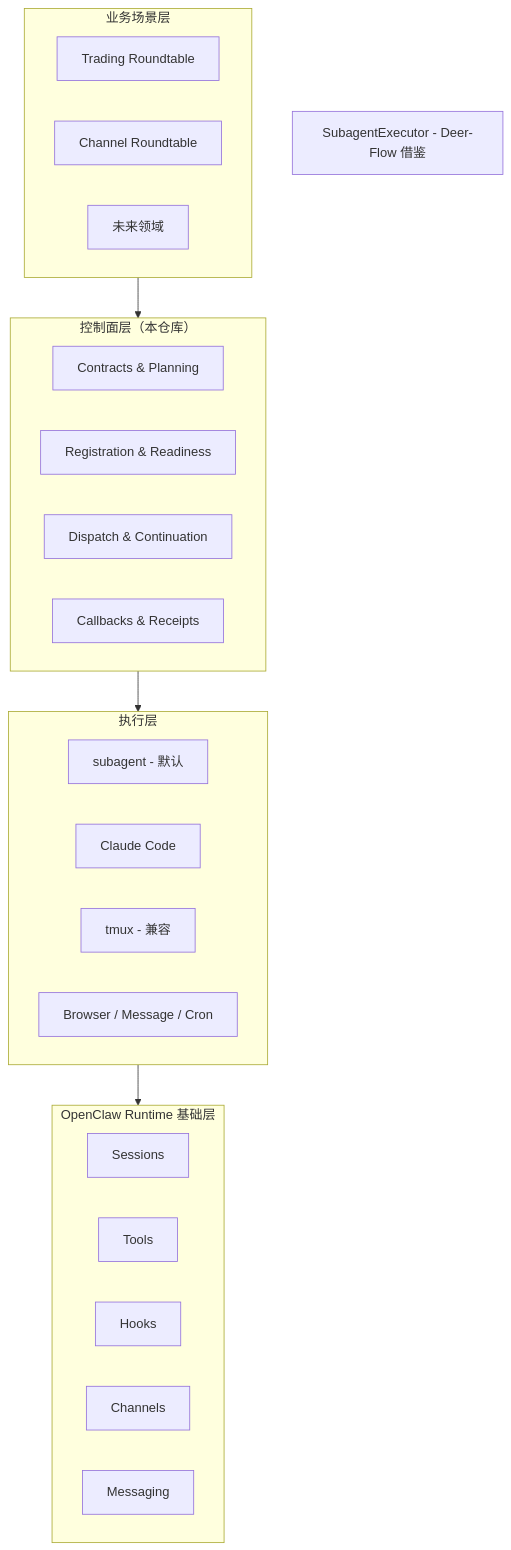
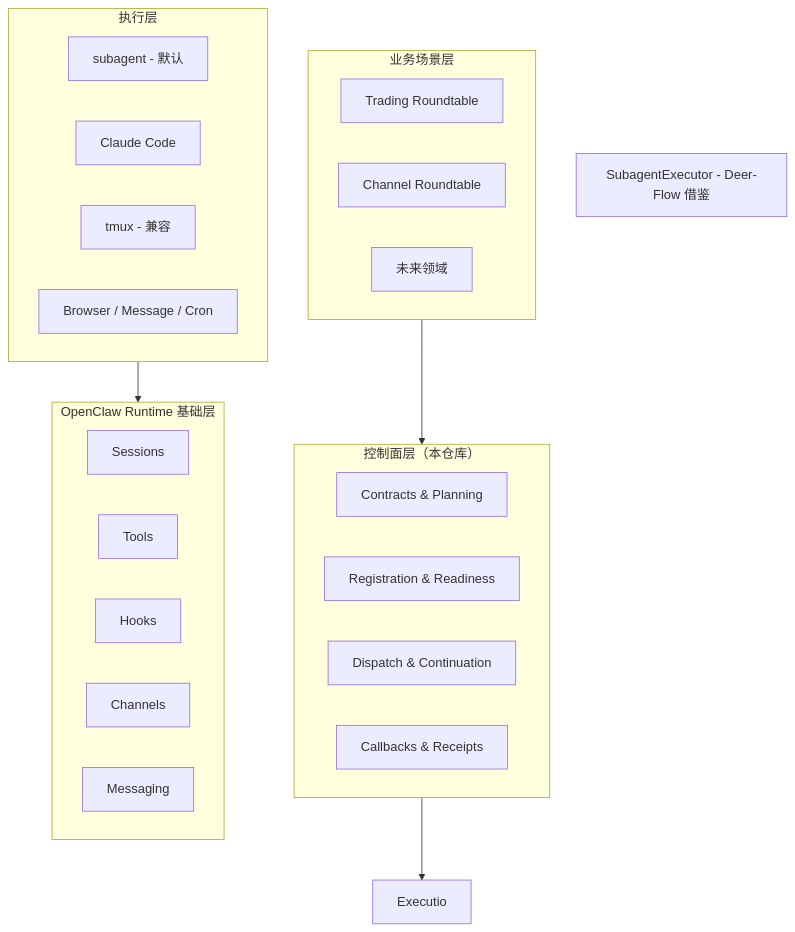
The first of 2 diagrams in README.zh.md (lanyasheng/openclaw-company-orchestration-proposal), drawn with Mermaid before and after one commit. The commit also changed other lines of this file and 3 other files, not shown here.

````diff
--- a/README.zh.md
+++ b/README.zh.md
@@ -292,35 +292,35 @@
 ```mermaid
 graph TB
     subgraph Business["业务场景层"]
         B1[Trading Roundtable]
         B2[Channel Roundtable]
         B3[未来领域]
     end
 
     subgraph Control["控制面层（本仓库）"]
         C1[Contracts & Planning]
         C2[Registration & Readiness]
         C3[Dispatch & Continuation]
         C4[Callbacks & Receipts]
     end
 
     subgraph Execution["执行层"]
         E1[subagent - 默认]
         E2[Claude Code]
         E3[tmux - 兼容]
         E4[Browser / Message / Cron]
     end
         E5[SubagentExecutor - Deer-Flow 借鉴]
 
     subgraph Runtime["OpenClaw Runtime 基础层"]
         R1[Sessions]
         R2[Tools]
         R3[Hooks]
         R4[Channels]
         R5[Messaging]
     end
 
     Business --> Control
-    Control --> Execution
+    Control --> Executio
     Execution --> Runtime
 ```
````
